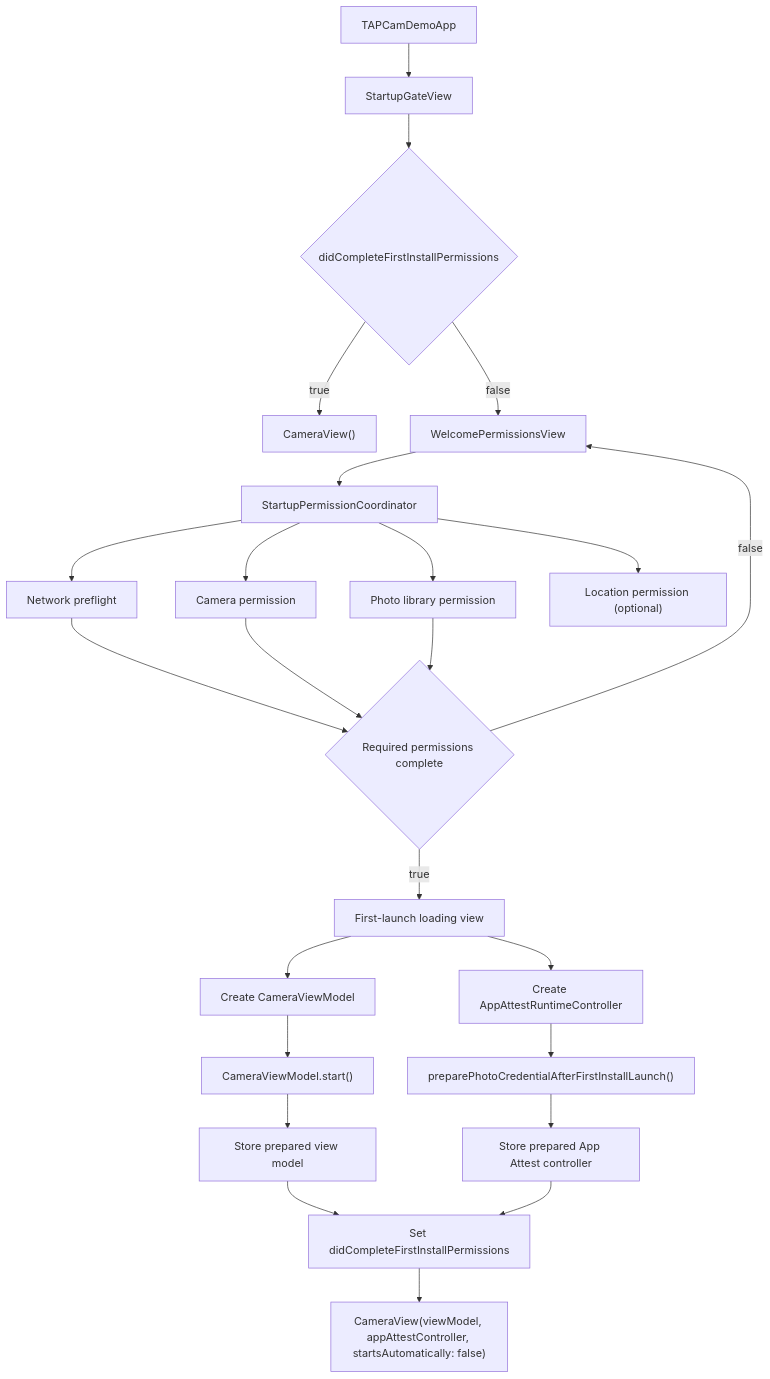
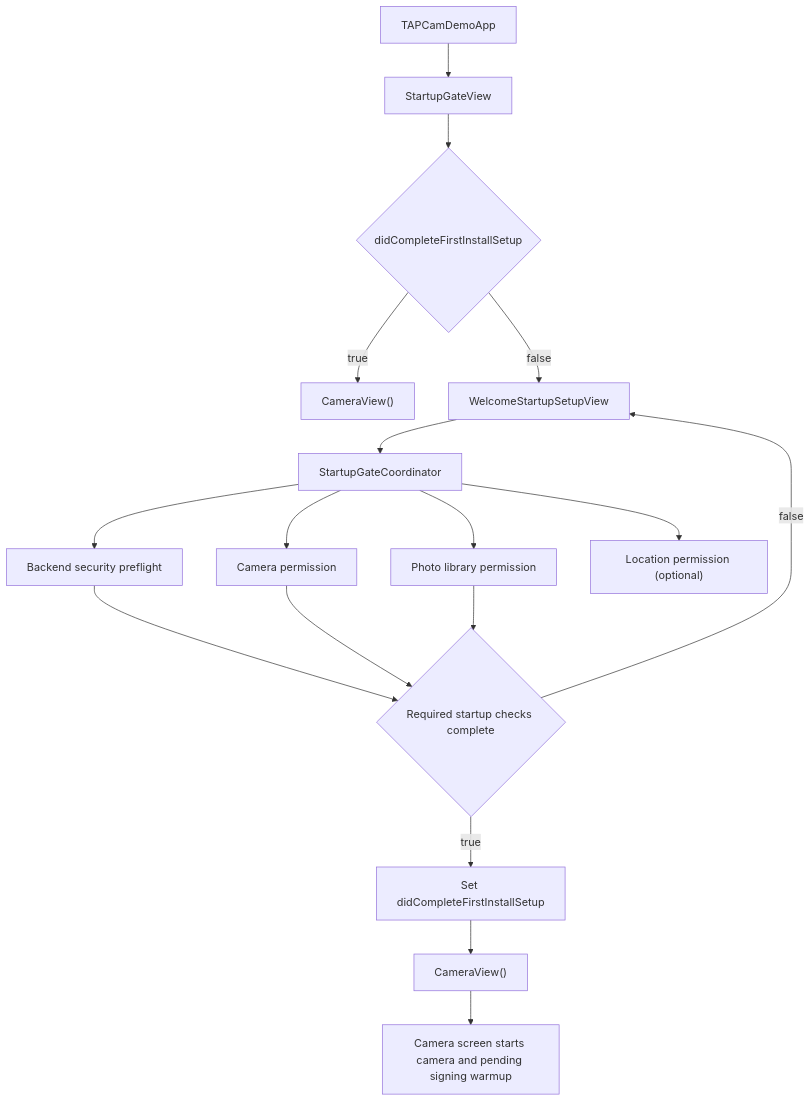
Before and after one commit to TAP-NAP/TAPCamDemo: the diagram in Docs/Startup/FirstLaunch.md, drawn with Mermaid. The commit also changed other lines of this file and 171 other files, not shown here.

````diff
--- a/Docs/Startup/FirstLaunch.md
+++ b/Docs/Startup/FirstLaunch.md
@@ -9,26 +9,19 @@
 ```mermaid
 flowchart TD
     A["TAPCamDemoApp"] --> B["StartupGateView"]
-    B --> C{"didCompleteFirstInstallPermissions"}
+    B --> C{"didCompleteFirstInstallSetup"}
     C -- "true" --> D["CameraView()"]
-    C -- "false" --> E["WelcomePermissionsView"]
-    E --> F["StartupPermissionCoordinator"]
-    F --> G["Network preflight"]
+    C -- "false" --> E["WelcomeStartupSetupView"]
+    E --> F["StartupGateCoordinator"]
+    F --> G["Backend security preflight"]
     F --> H["Camera permission"]
     F --> I["Photo library permission"]
     F --> J["Location permission (optional)"]
-    G --> K{"Required permissions complete"}
+    G --> K{"Required startup checks complete"}
     H --> K
     I --> K
     K -- "false" --> E
-    K -- "true" --> L["First-launch loading view"]
-    L --> M["Create CameraViewModel"]
-    L --> N["Create AppAttestRuntimeController"]
-    M --> O["CameraViewModel.start()"]
-    N --> P["preparePhotoCredentialAfterFirstInstallLaunch()"]
-    O --> Q["Store prepared view model"]
-    P --> R["Store prepared App Attest controller"]
-    Q --> S["Set didCompleteFirstInstallPermissions"]
-    R --> S
-    S --> T["CameraView(viewModel, appAttestController, startsAutomatically: false)"]
+    K -- "true" --> L["Set didCompleteFirstInstallSetup"]
+    L --> M["CameraView()"]
+    M --> N["Camera screen starts camera and pending signing warmup"]
 ```
````
